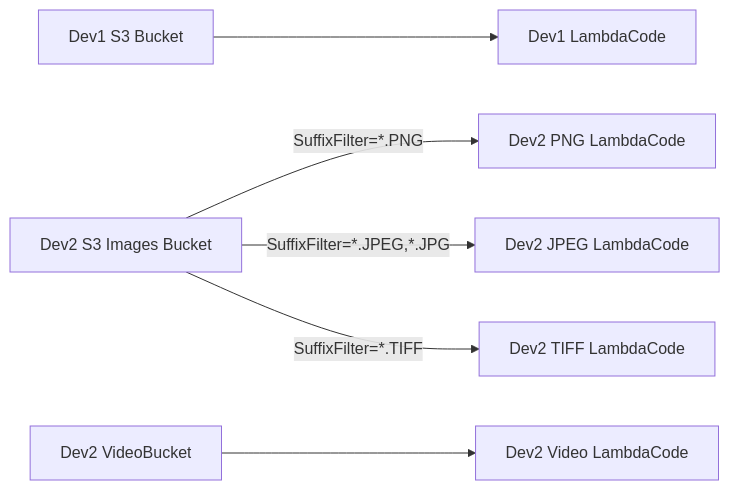
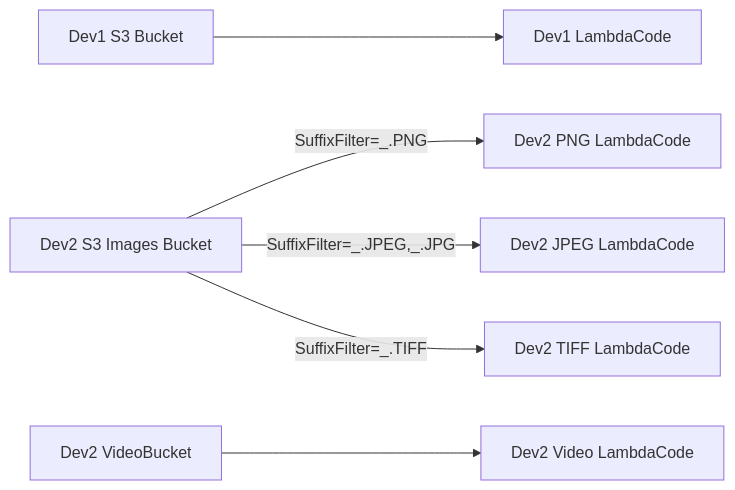
The third of 3 diagrams in docs_source/content/reference/decorators/dynamic_infrastructure.md (mweagle/Sparta), drawn with Mermaid before and after one commit. The commit also changed other lines of this file and 36 other files, not shown here.

```diff
--- a/docs_source/content/reference/decorators/dynamic_infrastructure.md
+++ b/docs_source/content/reference/decorators/dynamic_infrastructure.md
@@ -56,18 +56,18 @@
 {{< mermaid >}}
 graph LR
-  dev1S3Bucket[Dev1 S3 Bucket]
-  dev1Lambda[Dev1 LambdaCode]
+dev1S3Bucket[Dev1 S3 Bucket]
+dev1Lambda[Dev1 LambdaCode]
 
-  dev2S3Bucket[Dev2 S3 Images Bucket]
-  dev2PNGLambda[Dev2 PNG LambdaCode]
-  dev2JPGLambda[Dev2 JPEG LambdaCode]
-  dev2TIFFLambda[Dev2 TIFF LambdaCode]
-  dev2S3VideoBucket[Dev2 VideoBucket]
-  dev2VideoLambda[Dev2 Video LambdaCode]
+dev2S3Bucket[Dev2 S3 Images Bucket]
+dev2PNGLambda[Dev2 PNG LambdaCode]
+dev2JPGLambda[Dev2 JPEG LambdaCode]
+dev2TIFFLambda[Dev2 TIFF LambdaCode]
+dev2S3VideoBucket[Dev2 VideoBucket]
+dev2VideoLambda[Dev2 Video LambdaCode]
 
-  dev1S3Bucket --> dev1Lambda
-  dev2S3Bucket -->|SuffixFilter=*.PNG|dev2PNGLambda
-  dev2S3Bucket -->|SuffixFilter=*.JPEG,*.JPG|dev2JPGLambda
-  dev2S3Bucket -->|SuffixFilter=*.TIFF|dev2TIFFLambda
-  dev2S3VideoBucket -->dev2VideoLambda
+dev1S3Bucket --> dev1Lambda
+dev2S3Bucket -->|SuffixFilter=_.PNG|dev2PNGLambda
+dev2S3Bucket -->|SuffixFilter=_.JPEG,_.JPG|dev2JPGLambda
+dev2S3Bucket -->|SuffixFilter=_.TIFF|dev2TIFFLambda
+dev2S3VideoBucket -->dev2VideoLambda
 {{< /mermaid >}}
```
